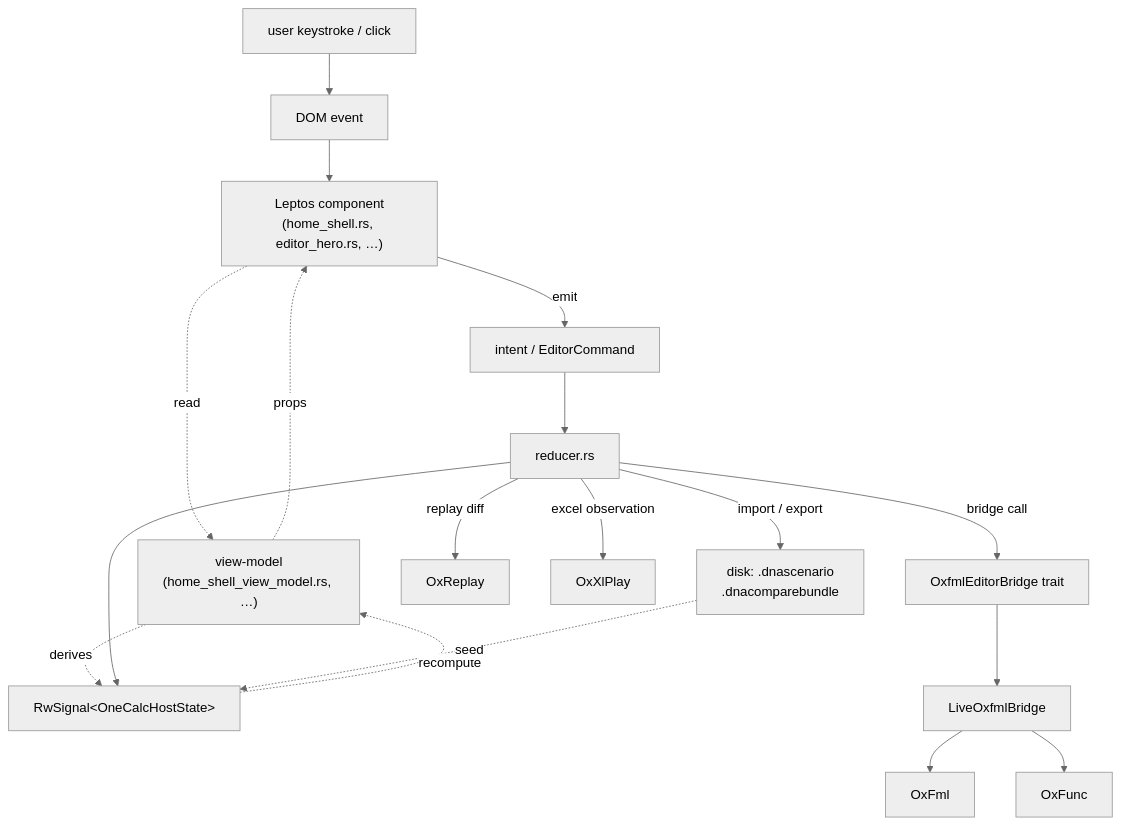
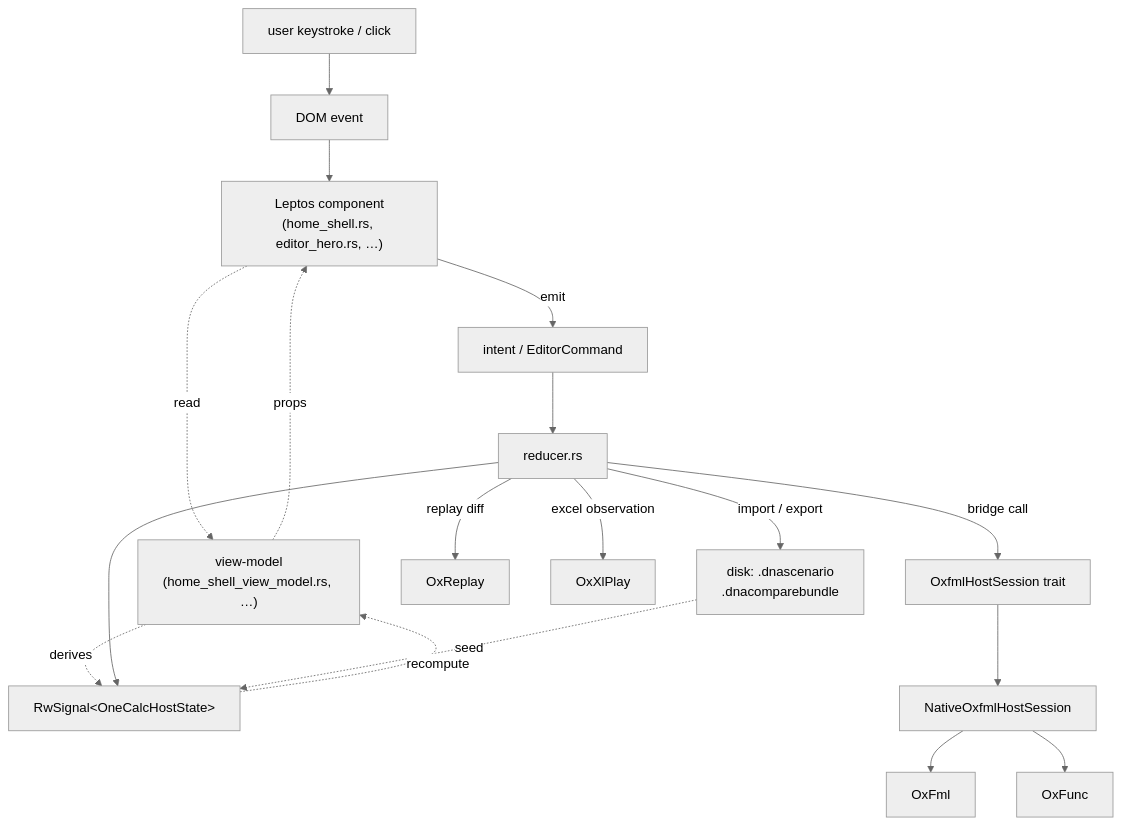
One commit to DnaCalc/DnaOneCalc changed the first of 6 diagrams in docs/APP_UX_REALIZATION.md. Above: the diagram before and after it, drawn with Mermaid (neutral theme). The commit also changed other lines of this file and 40 other files, not shown here.

First line of the commit message:
Resync OneCalc host onto native OxFml

````diff
--- a/docs/APP_UX_REALIZATION.md
+++ b/docs/APP_UX_REALIZATION.md
@@ -80,31 +80,31 @@
 ```mermaid
 flowchart TB
   user["user keystroke / click"]
   dom["DOM event"]
   comp["Leptos component<br/>(home_shell.rs, editor_hero.rs, …)"]
   vm["view-model<br/>(home_shell_view_model.rs, …)"]
   intent["intent / EditorCommand"]
   reducer["reducer.rs"]
   state["RwSignal&lt;OneCalcHostState&gt;"]
-  adapter["OxfmlEditorBridge trait"]
-  live["LiveOxfmlBridge"]
+  adapter["OxfmlHostSession trait"]
+  live["NativeOxfmlHostSession"]
   oxfml["OxFml"]
   oxfunc["OxFunc"]
   oxreplay["OxReplay"]
   oxxl["OxXlPlay"]
   fs["disk: .dnascenario<br/>.dnacomparebundle"]
 
   user --> dom --> comp
   comp -. read .-> vm
   vm -. derives .-> state
   comp -- emit --> intent --> reducer --> state
   reducer -- bridge call --> adapter --> live
   live --> oxfml & oxfunc
   state -. recompute .-> vm
   vm -. props .-> comp
 
   reducer -- import / export --> fs
   fs -. seed .-> state
   reducer -- replay diff --> oxreplay
   reducer -- excel observation --> oxxl
 ```
````
